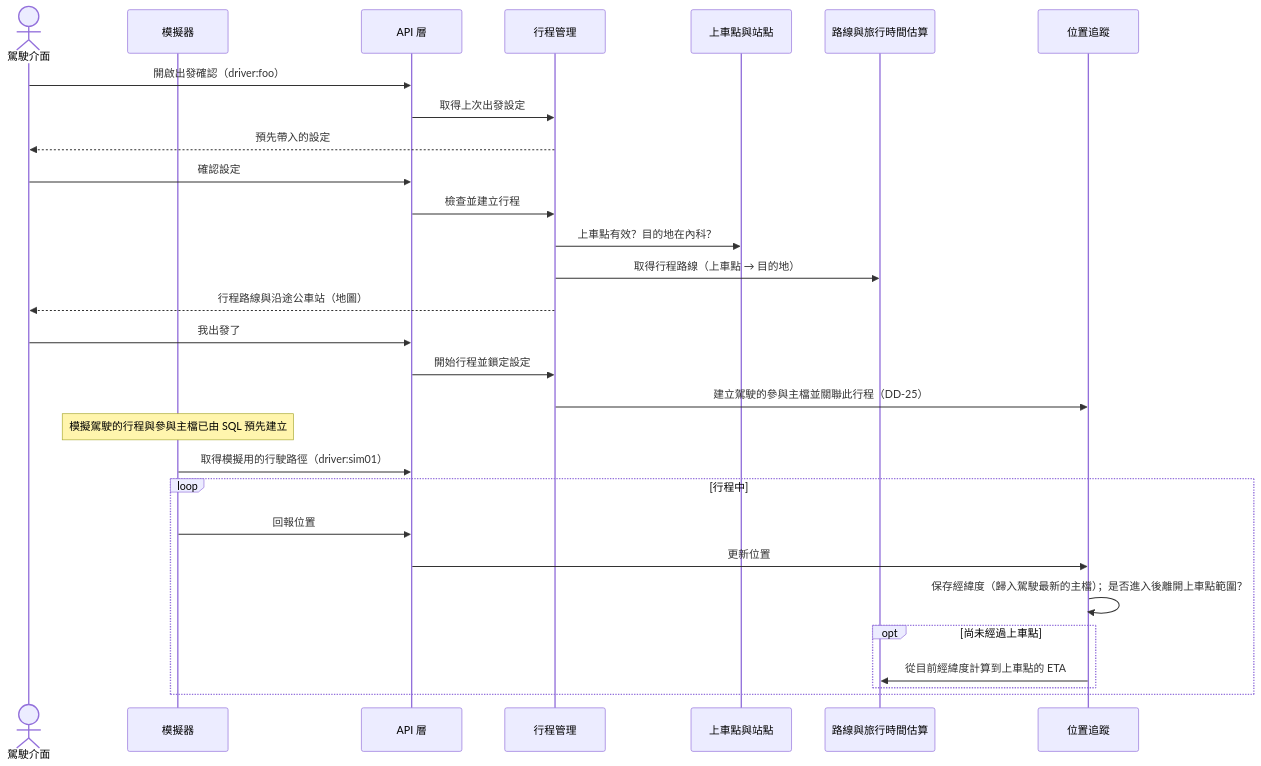
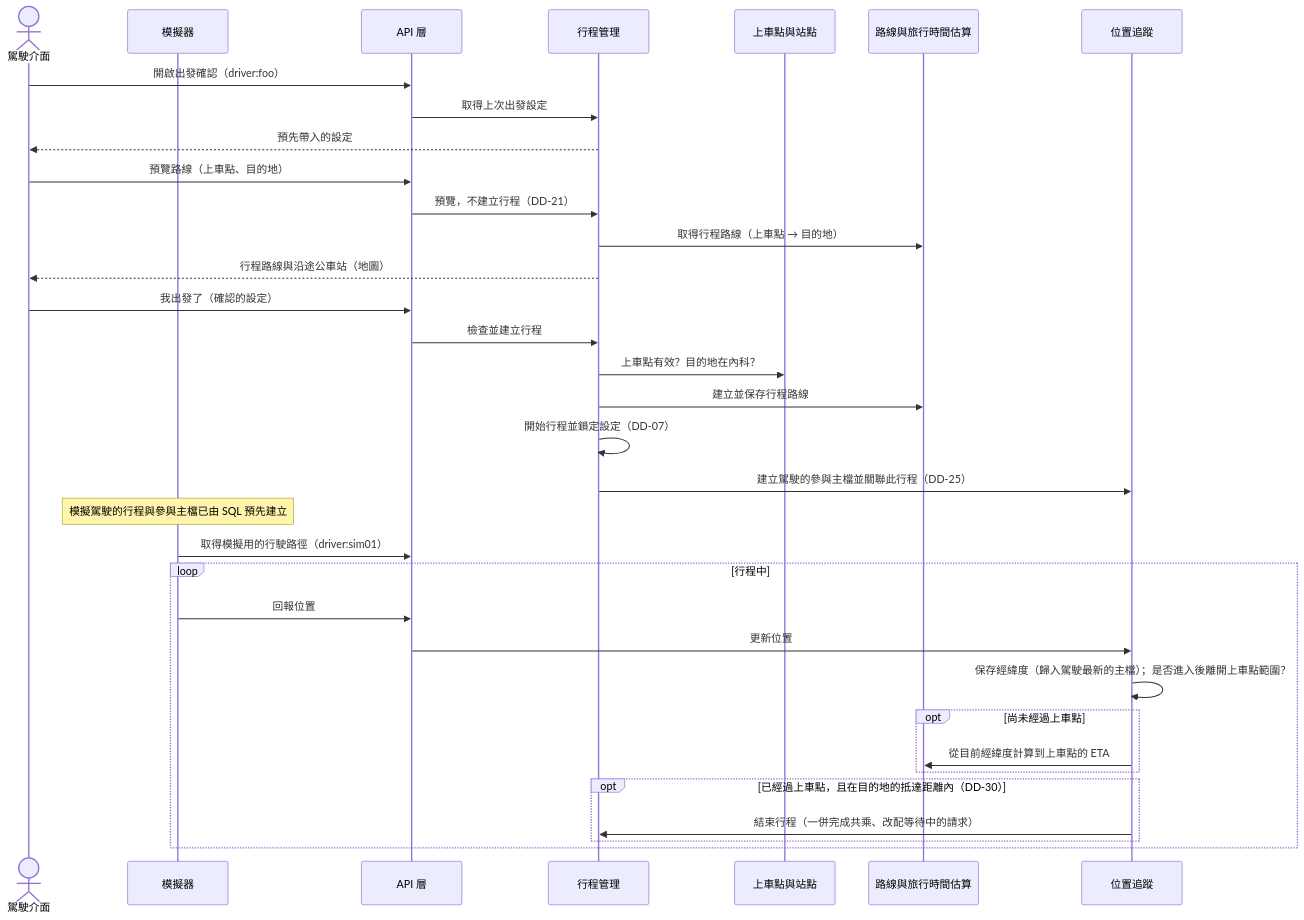
Before and after one commit to sohoffice/debugthon-carpool: diagram 11 of 13 in docs/design.md, drawn with Mermaid. The commit also changed other lines of this file and 1 other file, not shown here.

First line of the commit message:
docs: add place search, route preview, demo reset and trip end on arrival

````diff
--- a/docs/design.md
+++ b/docs/design.md
@@ -1021,32 +1084,37 @@
 ```mermaid
 sequenceDiagram
     actor D as 駕駛介面
     participant SIM as 模擬器
     participant API as API 層
     participant TRIP as 行程管理
     participant STN as 上車點與站點
     participant TT as 路線與旅行時間估算
     participant TRK as 位置追蹤
 
     D->>API: 開啟出發確認（driver:foo）
     API->>TRIP: 取得上次出發設定
     TRIP-->>D: 預先帶入的設定
-    D->>API: 確認設定
+    D->>API: 預覽路線（上車點、目的地）
+    API->>TRIP: 預覽，不建立行程（DD-21）
+    TRIP->>TT: 取得行程路線（上車點 → 目的地）
+    TRIP-->>D: 行程路線與沿途公車站（地圖）
+    D->>API: 我出發了（確認的設定）
     API->>TRIP: 檢查並建立行程
     TRIP->>STN: 上車點有效？目的地在內科？
-    TRIP->>TT: 取得行程路線（上車點 → 目的地）
-    TRIP-->>D: 行程路線與沿途公車站（地圖）
-    D->>API: 我出發了
-    API->>TRIP: 開始行程並鎖定設定
+    TRIP->>TT: 建立並保存行程路線
+    TRIP->>TRIP: 開始行程並鎖定設定（DD-07）
     TRIP->>TRK: 建立駕駛的參與主檔並關聯此行程（DD-25）
     Note over SIM: 模擬駕駛的行程與參與主檔已由 SQL 預先建立
     SIM->>API: 取得模擬用的行駛路徑（driver:sim01）
     loop 行程中
         SIM->>API: 回報位置
         API->>TRK: 更新位置
         TRK->>TRK: 保存經緯度（歸入駕駛最新的主檔）；是否進入後離開上車點範圍？
         opt 尚未經過上車點
             TRK->>TT: 從目前經緯度計算到上車點的 ETA
         end
+        opt 已經過上車點，且在目的地的抵達距離內（DD-30）
+            TRK->>TRIP: 結束行程（一併完成共乘、改配等待中的請求）
+        end
     end
 ```
````
